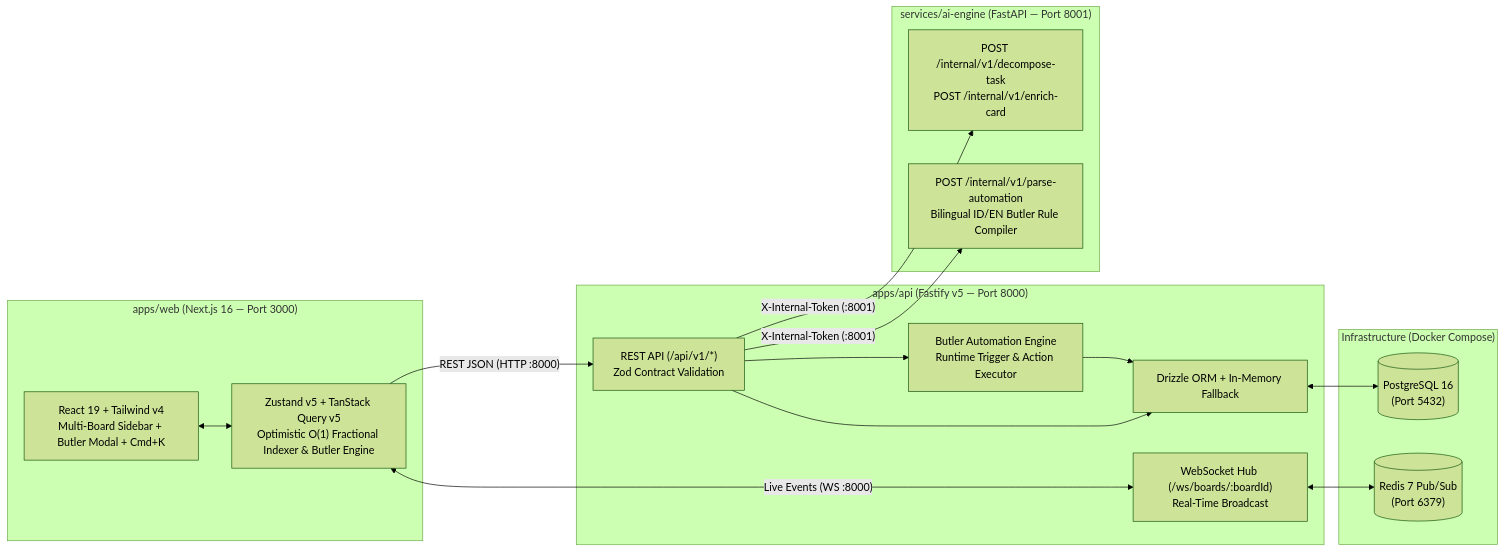
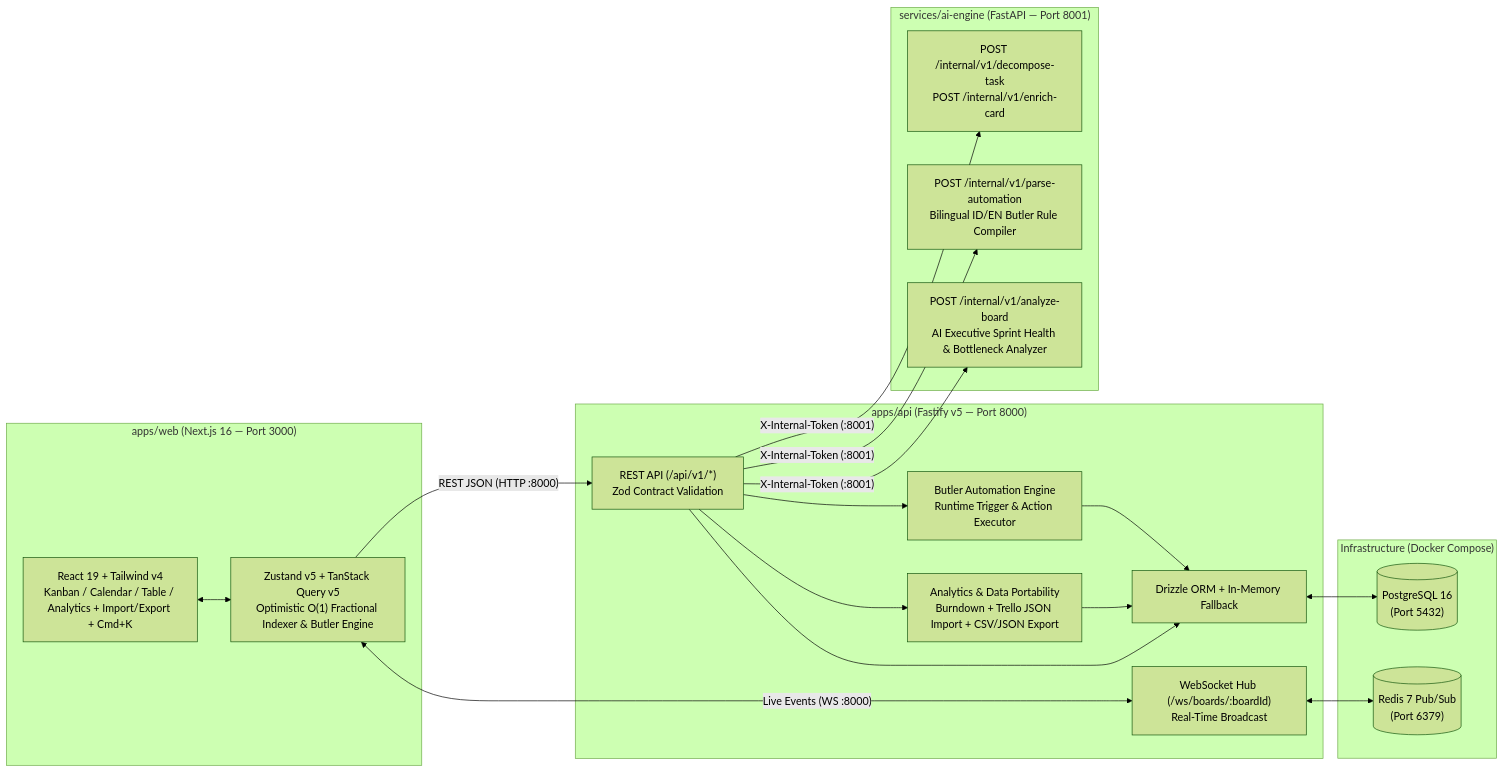
One commit to DimasNuryadin/kanbanify changed the diagram in README.md. Above: the diagram before and after it, drawn with Mermaid (forest theme). The commit also changed other lines of this file and 2 other files, not shown here.

Commit message:
feat(phase-4): integrate analytics, AI sprint reports, trello import/export and update E2E smoke tests

````diff
--- a/README.md
+++ b/README.md
@@ -11,35 +11,40 @@
 ```mermaid
 flowchart LR
     subgraph Client ["apps/web (Next.js 16 — Port 3000)"]
-        UI["React 19 + Tailwind v4\nMulti-Board Sidebar + Butler Modal + Cmd+K"]
+        UI["React 19 + Tailwind v4\nKanban / Calendar / Table / Analytics + Import/Export + Cmd+K"]
         Store["Zustand v5 + TanStack Query v5\nOptimistic O(1) Fractional Indexer & Butler Engine"]
     end
 
     subgraph CoreAPI ["apps/api (Fastify v5 — Port 8000)"]
         REST["REST API (/api/v1/*)\nZod Contract Validation"]
         Butler["Butler Automation Engine\nRuntime Trigger & Action Executor"]
+        Analytics["Analytics & Data Portability\nBurndown + Trello JSON Import + CSV/JSON Export"]
         WS["WebSocket Hub (/ws/boards/:boardId)\nReal-Time Broadcast"]
         Repo["Drizzle ORM + In-Memory Fallback"]
     end
 
     subgraph AIEngine ["services/ai-engine (FastAPI — Port 8001)"]
         Decomposer["POST /internal/v1/decompose-task\nPOST /internal/v1/enrich-card"]
         RuleParser["POST /internal/v1/parse-automation\nBilingual ID/EN Butler Rule Compiler"]
+        BoardAnalyzer["POST /internal/v1/analyze-board\nAI Executive Sprint Health & Bottleneck Analyzer"]
     end
 
     subgraph Infra ["Infrastructure (Docker Compose)"]
         PG[("PostgreSQL 16\n(Port 5432)")]
         RD[("Redis 7 Pub/Sub\n(Port 6379)")]
     end
 
     UI <--> Store
     Store -- "REST JSON (HTTP :8000)" --> REST
     Store <-- "Live Events (WS :8000)" --> WS
     REST --> Butler
+    REST --> Analytics
     Butler --> Repo
+    Analytics --> Repo
     REST --> Repo
     Repo <--> PG
     WS <--> RD
     REST -- "X-Internal-Token (:8001)" --> Decomposer
     REST -- "X-Internal-Token (:8001)" --> RuleParser
+    REST -- "X-Internal-Token (:8001)" --> BoardAnalyzer
 ```
````
